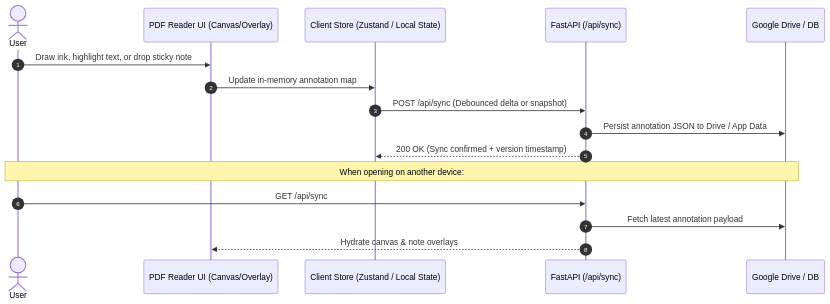
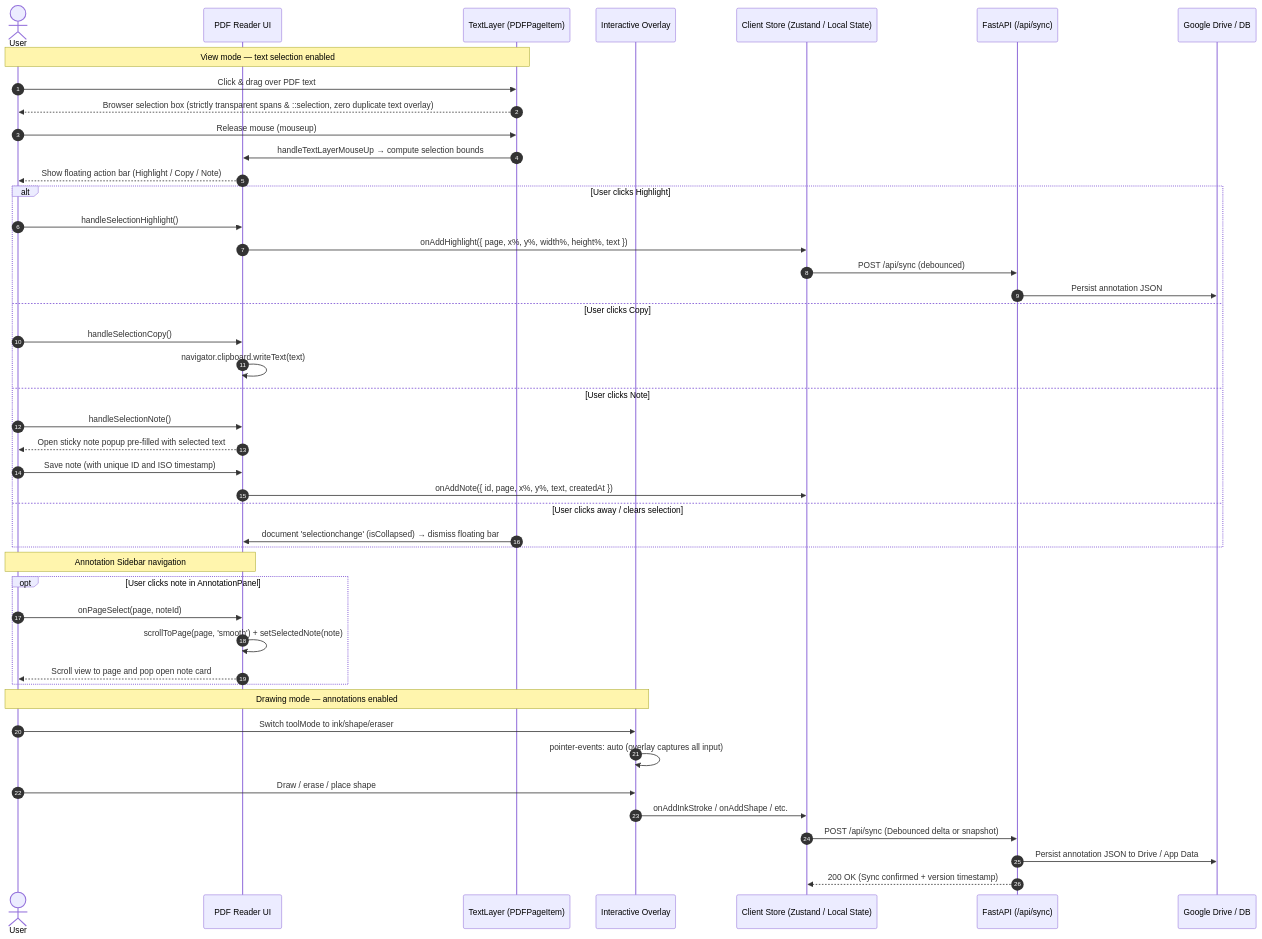
Before and after one commit to YashRaj9211/cloud-reader: the third of 4 diagrams in FLOW.md, drawn with Mermaid. The commit also changed other lines of this file and 9 other files, not shown here.

````diff
--- a/FLOW.md
+++ b/FLOW.md
@@ -72,20 +72,51 @@
 ```mermaid
 sequenceDiagram
     autonumber
     actor User
-    participant Reader as PDF Reader UI (Canvas/Overlay)
+    participant Reader as PDF Reader UI
+    participant TextLayer as TextLayer (PDFPageItem)
+    participant Overlay as Interactive Overlay
     participant Store as Client Store (Zustand / Local State)
     participant Backend as FastAPI (/api/sync)
     participant Drive as Google Drive / DB
 
-    User->>Reader: Draw ink, highlight text, or drop sticky note
-    Reader->>Store: Update in-memory annotation map
+    Note over User,TextLayer: View mode — text selection enabled
+    User->>TextLayer: Click & drag over PDF text
+    TextLayer-->>User: Browser selection box (strictly transparent spans & ::selection, zero duplicate text overlay)
+    User->>TextLayer: Release mouse (mouseup)
+    TextLayer->>Reader: handleTextLayerMouseUp → compute selection bounds
+    Reader-->>User: Show floating action bar (Highlight / Copy / Note)
+
+    alt User clicks Highlight
+        User->>Reader: handleSelectionHighlight()
+        Reader->>Store: onAddHighlight({ page, x%, y%, width%, height%, text })
+        Store->>Backend: POST /api/sync (debounced)
+        Backend->>Drive: Persist annotation JSON
+    else User clicks Copy
+        User->>Reader: handleSelectionCopy()
+        Reader->>Reader: navigator.clipboard.writeText(text)
+    else User clicks Note
+        User->>Reader: handleSelectionNote()
+        Reader-->>User: Open sticky note popup pre-filled with selected text
+        User->>Reader: Save note (with unique ID and ISO timestamp)
+        Reader->>Store: onAddNote({ id, page, x%, y%, text, createdAt })
+    else User clicks away / clears selection
+        TextLayer->>Reader: document 'selectionchange' (isCollapsed) → dismiss floating bar
+    end
+
+    Note over User,Reader: Annotation Sidebar navigation
+    opt User clicks note in AnnotationPanel
+        User->>Reader: onPageSelect(page, noteId)
+        Reader->>Reader: scrollToPage(page, 'smooth') + setSelectedNote(note)
+        Reader-->>User: Scroll view to page and pop open note card
+    end
+
+    Note over User,Overlay: Drawing mode — annotations enabled
+    User->>Overlay: Switch toolMode to ink/shape/eraser
+    Overlay->>Overlay: pointer-events: auto (overlay captures all input)
+    User->>Overlay: Draw / erase / place shape
+    Overlay->>Store: onAddInkStroke / onAddShape / etc.
     Store->>Backend: POST /api/sync (Debounced delta or snapshot)
     Backend->>Drive: Persist annotation JSON to Drive / App Data
     Backend-->>Store: 200 OK (Sync confirmed + version timestamp)
-    
-    Note over User,Drive: When opening on another device:
-    User->>Backend: GET /api/sync
-    Backend->>Drive: Fetch latest annotation payload
-    Backend-->>Reader: Hydrate canvas & note overlays
 ```
````
